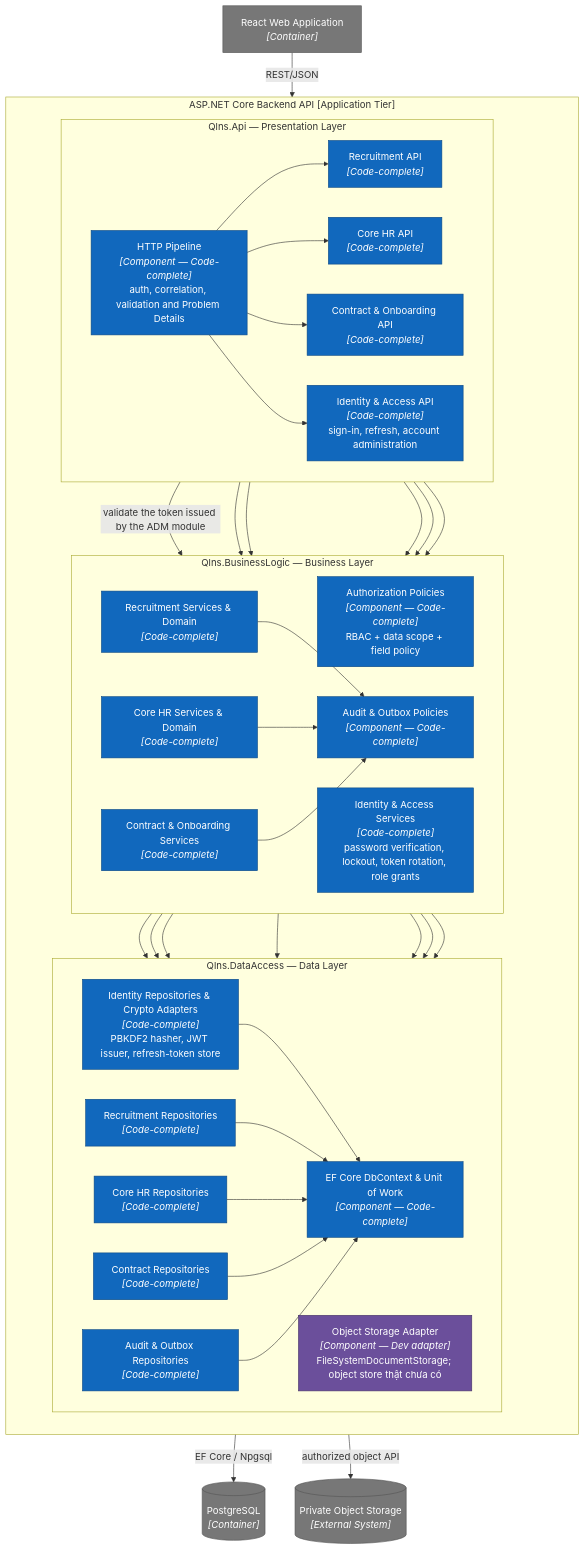
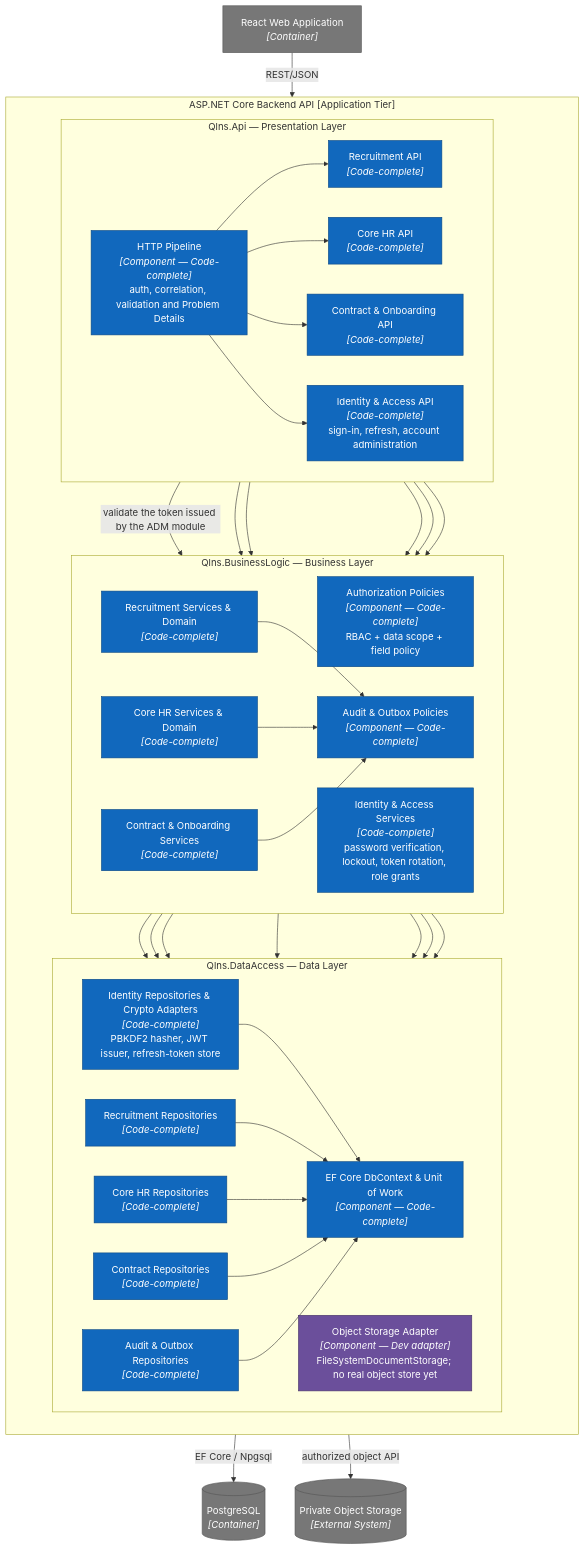
One commit to nvdat16/QLNS changed the fifth of 12 diagrams in docs/architecture.md. Above: the diagram before and after it, drawn with Mermaid. The commit also changed other lines of this file and 25 other files, not shown here.

````diff
--- a/docs/architecture.md
+++ b/docs/architecture.md
@@ -274,80 +274,80 @@
 ```mermaid
 flowchart TB
     web["React Web Application<br/><i>[Container]</i>"]
     db[("PostgreSQL<br/><i>[Container]</i>")]
     objects[("Private Object Storage<br/><i>[External System]</i>")]
 
     subgraph api["ASP.NET Core Backend API [Application Tier]"]
         direction TB
 
         subgraph presentation["Qlns.Api — Presentation Layer"]
             direction LR
             pipeline["HTTP Pipeline<br/><i>[Component — Code-complete]</i><br/>auth, correlation, validation and Problem Details"]
             recApi["Recruitment API<br/><i>[Code-complete]</i>"]
             hrApi["Core HR API<br/><i>[Code-complete]</i>"]
             contractApi["Contract & Onboarding API<br/><i>[Code-complete]</i>"]
             admApi["Identity & Access API<br/><i>[Code-complete]</i><br/>sign-in, refresh, account administration"]
         end
 
         subgraph business["Qlns.BusinessLogic — Business Layer"]
             direction LR
             authorization["Authorization Policies<br/><i>[Component — Code-complete]</i><br/>RBAC + data scope + field policy"]
             recLogic["Recruitment Services & Domain<br/><i>[Code-complete]</i>"]
             hrLogic["Core HR Services & Domain<br/><i>[Code-complete]</i>"]
             contractLogic["Contract & Onboarding Services<br/><i>[Code-complete]</i>"]
             auditOutbox["Audit & Outbox Policies<br/><i>[Component — Code-complete]</i>"]
             adm["Identity & Access Services<br/><i>[Code-complete]</i><br/>password verification, lockout, token rotation, role grants"]
         end
 
         subgraph data["Qlns.DataAccess — Data Layer"]
             direction LR
             recRepo["Recruitment Repositories<br/><i>[Code-complete]</i>"]
             hrRepo["Core HR Repositories<br/><i>[Code-complete]</i>"]
             contractRepo["Contract Repositories<br/><i>[Code-complete]</i>"]
             auditRepo["Audit & Outbox Repositories<br/><i>[Code-complete]</i>"]
             uow["EF Core DbContext & Unit of Work<br/><i>[Component — Code-complete]</i>"]
-            objectAdapter["Object Storage Adapter<br/><i>[Component — Dev adapter]</i><br/>FileSystemDocumentStorage; object store thật chưa có"]
+            objectAdapter["Object Storage Adapter<br/><i>[Component — Dev adapter]</i><br/>FileSystemDocumentStorage; no real object store yet"]
             admRepo["Identity Repositories &amp; Crypto Adapters<br/><i>[Code-complete]</i><br/>PBKDF2 hasher, JWT issuer, refresh-token store"]
         end
     end
 
     web -->|"REST/JSON"| pipeline
     pipeline -->|"validate the token issued by the ADM module"| adm
     pipeline --> recApi
     pipeline --> hrApi
     pipeline --> contractApi
     pipeline --> admApi
     pipeline --> authorization
     admApi --> adm
     adm --> admRepo
     admRepo --> uow
 
     recApi --> recLogic
     hrApi --> hrLogic
     contractApi --> contractLogic
 
     recLogic --> recRepo
     hrLogic --> hrRepo
     contractLogic --> contractRepo
 
     recLogic --> auditOutbox
     hrLogic --> auditOutbox
     contractLogic --> auditOutbox
     auditOutbox --> auditRepo
 
     recRepo --> uow
     hrRepo --> uow
     contractRepo --> uow
     auditRepo --> uow
     uow -->|"EF Core / Npgsql"| db
     contractLogic --> objectAdapter
     recLogic --> objectAdapter
     objectAdapter -->|"authorized object API"| objects
 
     classDef partial fill:#1168bd,color:#fff,stroke:#0b4884
     classDef proposed fill:#6b4f9b,color:#fff,stroke:#463267
     classDef external fill:#777,color:#fff,stroke:#555
     class pipeline,recApi,hrApi,contractApi,admApi,authorization,recLogic,hrLogic,contractLogic,auditOutbox,adm,recRepo,hrRepo,contractRepo,auditRepo,uow,admRepo partial
     class objectAdapter proposed
     class web,db,objects external
 ```
````
